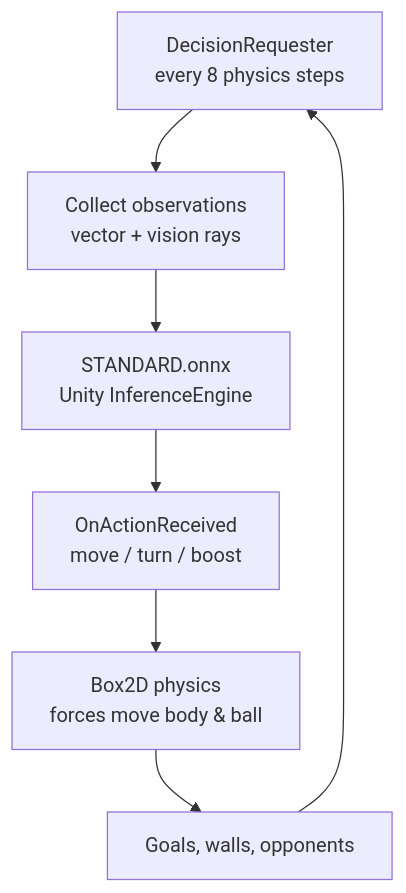
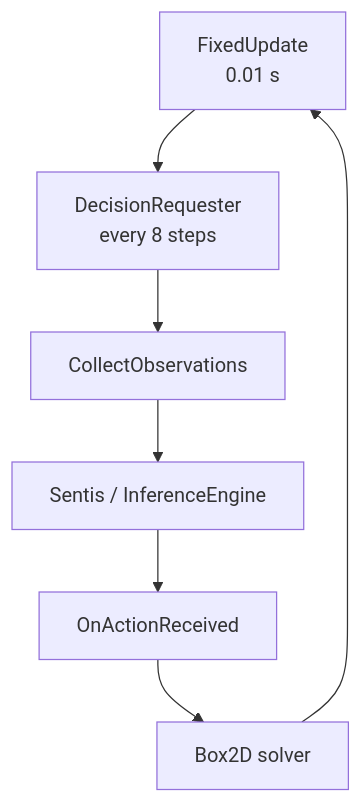
Before and after one commit to punkouter26/PoSoccer: the first of 12 diagrams in docs/architecture.md, drawn with Mermaid. The commit also changed other lines of this file and 20 other files, not shown here.

First line of the commit message:
UNITY_DOCS: wipe docs/ and regenerate the diagram + report suite

````diff
--- a/docs/architecture.md
+++ b/docs/architecture.md
@@ -16,9 +26,9 @@
 ```mermaid
 flowchart TD
-    DR[DecisionRequester\nevery 8 physics steps] --> OBS[Collect observations\nvector + vision rays]
-    OBS --> NN[STANDARD.onnx\nUnity InferenceEngine]
-    NN --> ACT[OnActionReceived\nmove / turn / boost]
-    ACT --> PHYS[Box2D physics\nforces move body & ball]
-    PHYS --> WORLD[Goals, walls, opponents]
-    WORLD --> DR
+    A[FixedUpdate<br/>0.01 s] --> B[DecisionRequester<br/>every 8 steps]
+    B --> C[CollectObservations]
+    C --> D[Sentis / InferenceEngine]
+    D --> E[OnActionReceived]
+    E --> F[Box2D solver]
+    F --> A
 ```
````
